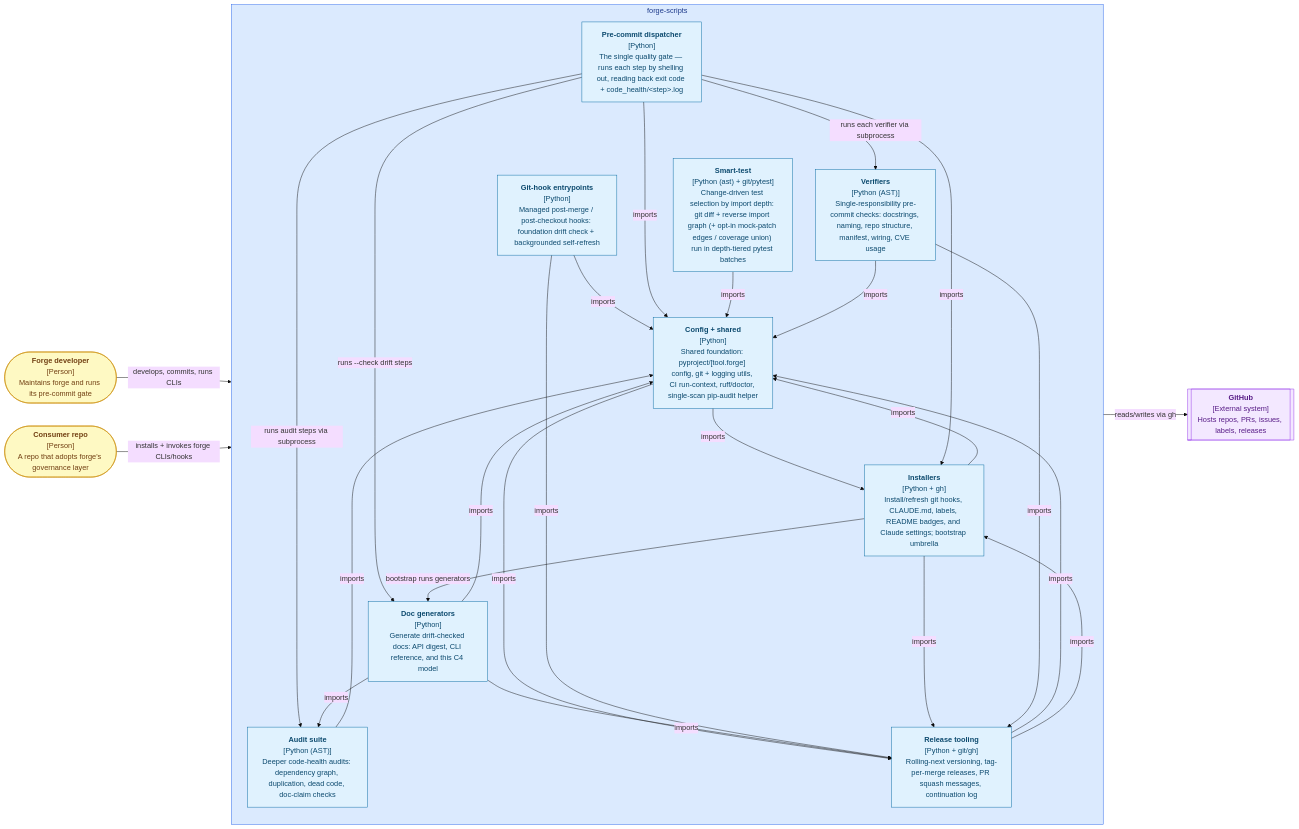
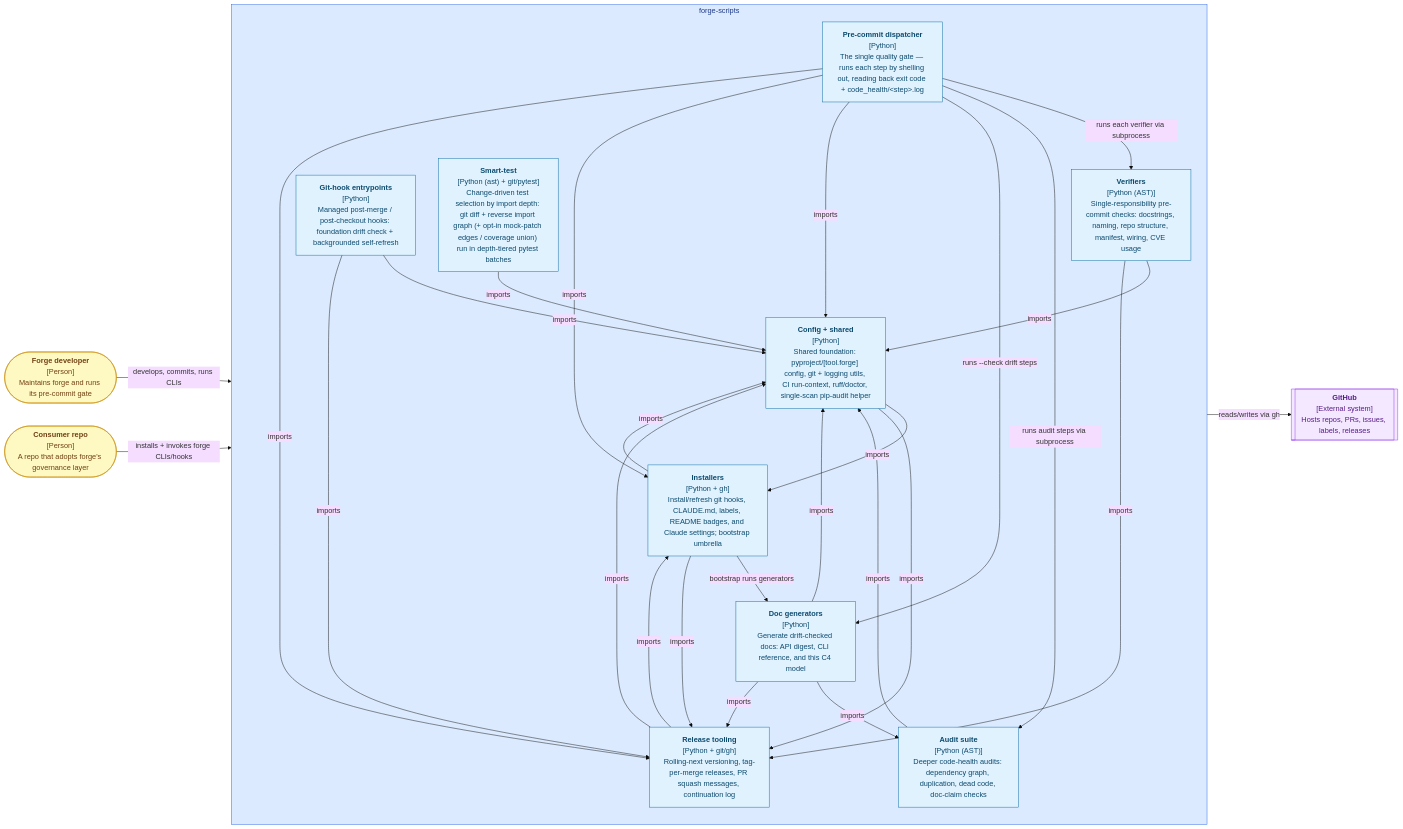
Before and after one commit to misnaej/forge: the diagram in README.md, drawn with Mermaid (base theme). The commit also changed other lines of this file and 20 other files, not shown here.

````diff
--- a/README.md
+++ b/README.md
@@ -123,58 +123,59 @@
 ```mermaid
 graph LR
     forge_developer(["<b>Forge developer</b><br/>[Person]<br/>Maintains forge and runs its pre-commit gate"])
     consumer_repo(["<b>Consumer repo</b><br/>[Person]<br/>A repo that adopts forge's governance layer"])
     github[["<b>GitHub</b><br/>[External system]<br/>Hosts repos, PRs, issues, labels, releases"]]
     subgraph forge_scripts["forge-scripts"]
         pre_commit_dispatcher["<b>Pre-commit dispatcher</b><br/>[Python]<br/>The single quality gate — runs each step by shelling out, reading back exit code + code_health/&lt;step&gt;.log"]
         audit_suite["<b>Audit suite</b><br/>[Python (AST)]<br/>Deeper code-health audits: dependency graph, duplication, dead code, doc-claim checks"]
         verifiers["<b>Verifiers</b><br/>[Python (AST)]<br/>Single-responsibility pre-commit checks: docstrings, naming, repo structure, manifest, wiring, CVE usage"]
         installers["<b>Installers</b><br/>[Python + gh]<br/>Install/refresh git hooks, CLAUDE.md, labels, README badges, and Claude settings; bootstrap umbrella"]
         doc_generators["<b>Doc generators</b><br/>[Python]<br/>Generate drift-checked docs: API digest, CLI reference, and this C4 model"]
         git_hook_entrypoints["<b>Git-hook entrypoints</b><br/>[Python]<br/>Managed post-merge / post-checkout hooks: foundation drift check + backgrounded self-refresh"]
         release_tooling["<b>Release tooling</b><br/>[Python + git/gh]<br/>Rolling-next versioning, tag-per-merge releases, PR squash messages, continuation log"]
         smart_test["<b>Smart-test</b><br/>[Python (ast) + git/pytest]<br/>Change-driven test selection by import depth: git diff + reverse import graph (+ opt-in mock-patch edges / coverage union) run in depth-tiered pytest batches"]
         config_shared["<b>Config + shared</b><br/>[Python]<br/>Shared foundation: pyproject/[tool.forge] config, git + logging utils, CI run-context, ruff/doctor, single-scan pip-audit helper"]
     end
     forge_developer -->|"develops, commits, runs CLIs"| forge_scripts
     consumer_repo -->|"installs + invokes forge CLIs/hooks"| forge_scripts
     forge_scripts -->|"reads/writes via gh"| github
     pre_commit_dispatcher -->|"runs each verifier via subprocess"| verifiers
     pre_commit_dispatcher -->|"runs audit steps via subprocess"| audit_suite
     pre_commit_dispatcher -->|"runs --check drift steps"| doc_generators
     installers -->|"bootstrap runs generators"| doc_generators
     audit_suite -->|"imports"| config_shared
     config_shared -->|"imports"| installers
     config_shared -->|"imports"| release_tooling
     doc_generators -->|"imports"| audit_suite
     doc_generators -->|"imports"| config_shared
     doc_generators -->|"imports"| release_tooling
     git_hook_entrypoints -->|"imports"| config_shared
     git_hook_entrypoints -->|"imports"| release_tooling
     installers -->|"imports"| config_shared
     installers -->|"imports"| release_tooling
     pre_commit_dispatcher -->|"imports"| config_shared
     pre_commit_dispatcher -->|"imports"| installers
+    pre_commit_dispatcher -->|"imports"| release_tooling
     release_tooling -->|"imports"| config_shared
     release_tooling -->|"imports"| installers
     smart_test -->|"imports"| config_shared
     verifiers -->|"imports"| config_shared
     verifiers -->|"imports"| release_tooling
     classDef component fill:#e0f2fe,stroke:#0369a1,color:#0c4a6e
     classDef container fill:#dbeafe,stroke:#2563eb,color:#1e3a8a
     classDef external fill:#f3e8ff,stroke:#9333ea,color:#581c87
     classDef person fill:#fef9c3,stroke:#ca8a04,color:#713f12
     class forge_developer person
     class consumer_repo person
     class github external
     class forge_scripts container
     class pre_commit_dispatcher component
     class audit_suite component
     class verifiers component
     class installers component
     class doc_generators component
     class git_hook_entrypoints component
     class release_tooling component
     class smart_test component
     class config_shared component
 ```
````
